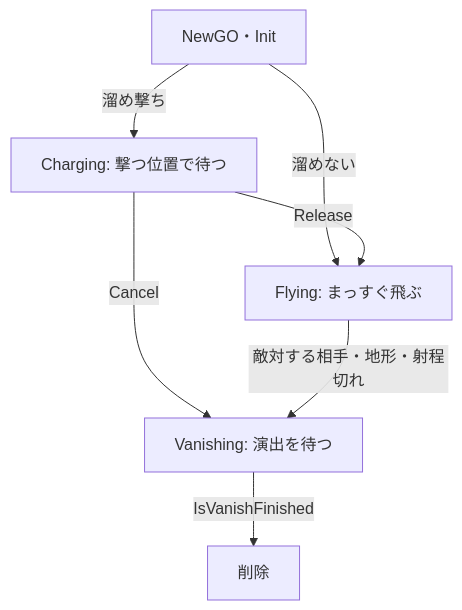
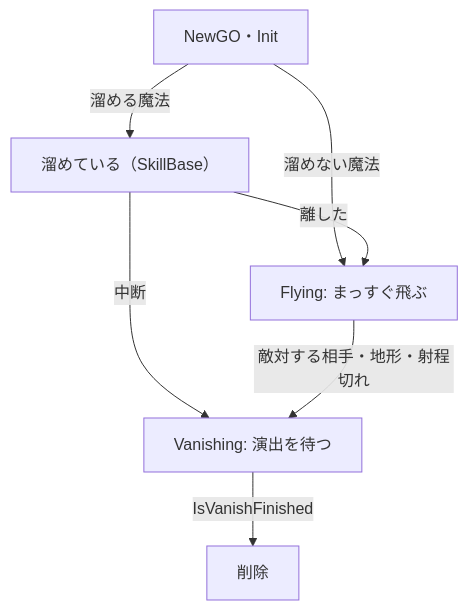
Before and after one commit to hirota-ryuki/Action: the diagram in Action/docs/ゲーム/魔法/魔法の設計.md, drawn with Mermaid. The commit also changed other lines of this file and 12 other files, not shown here.

First line of the commit message:
<docs>スキルの基底クラス（SkillBase）と、入力を指示（SkillCommand）にまとめる設計を書く

````diff
--- a/Action/docs/ゲーム/魔法/魔法の設計.md
+++ b/Action/docs/ゲーム/魔法/魔法の設計.md
@@ -41,9 +34,9 @@
 ```mermaid
 flowchart TD
-    N[NewGO・Init] -->|溜め撃ち| CH[Charging: 撃つ位置で待つ]
-    N -->|溜めない| F[Flying: まっすぐ飛ぶ]
-    CH -->|Release| F
-    CH -->|Cancel| V[Vanishing: 演出を待つ]
+    N[NewGO・Init] -->|溜める魔法| CH["溜めている（SkillBase）"]
+    N -->|溜めない魔法| F[Flying: まっすぐ飛ぶ]
+    CH -->|離した| F
+    CH -->|中断| V[Vanishing: 演出を待つ]
     F -->|敵対する相手・地形・射程切れ| V
     V -->|IsVanishFinished| D[削除]
 ```
````
